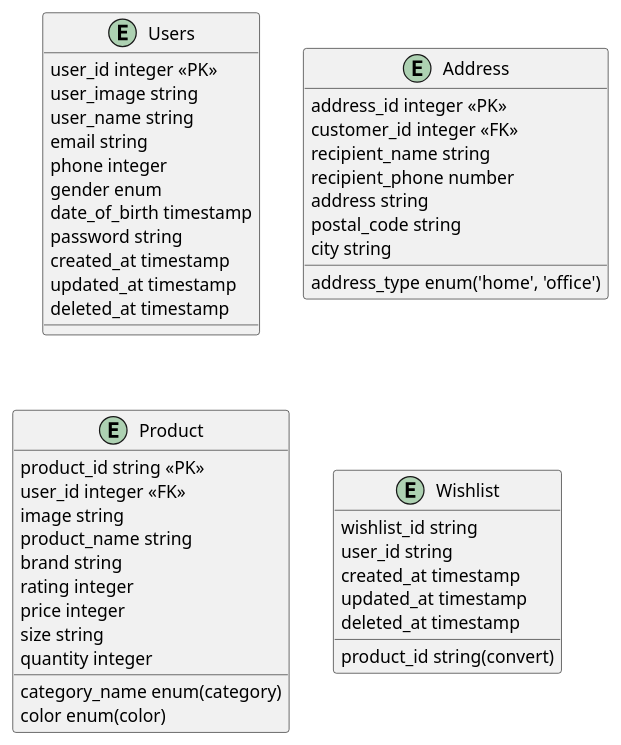
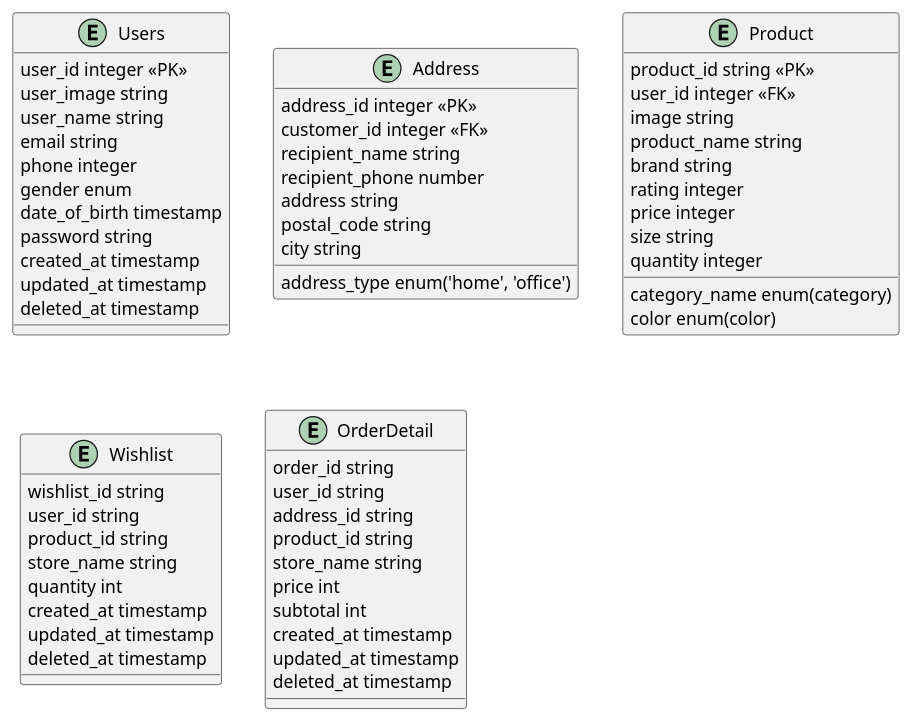
The diagram in tabledata/userauth.puml (maulanazn/blanja-api), drawn with PlantUML before and after one commit. The commit also changed 21 other files, not shown here.

Commit message:
Order detail done, and the rest is validation.

```diff
--- a/tabledata/userauth.puml
+++ b/tabledata/userauth.puml
@@ -1,51 +1,66 @@
 @startuml WhiteSmoke
 
 entity Users {
     user_id integer <<PK>>
     user_image string
     user_name string
     email string
     phone integer
     gender enum
     date_of_birth timestamp
     password string
     created_at timestamp
     updated_at timestamp
     deleted_at timestamp
 }
 
 entity Address {
     address_id integer <<PK>>
     customer_id integer <<FK>>
     address_type enum('home', 'office')
     recipient_name string
     recipient_phone number
     address string
     postal_code string
     city string
 }
 
 entity Product {
     product_id string <<PK>>
     user_id integer <<FK>>
     category_name enum(category)
     image string
     product_name string
     brand string
     rating integer
     price integer
     color enum(color)
     size string
     quantity integer
 }
 
 entity Wishlist {
   wishlist_id string
   user_id string
-  product_id string(convert)
+  product_id string
+  store_name string
+  quantity int
   created_at timestamp
   updated_at timestamp
   deleted_at timestamp
 }
 
+entity OrderDetail {
+    order_id string
+    user_id string
+    address_id string
+    product_id string
+    store_name string
+    price int
+    subtotal int
+    created_at timestamp
+    updated_at timestamp
+    deleted_at timestamp
+}
+
 @enduml
```
